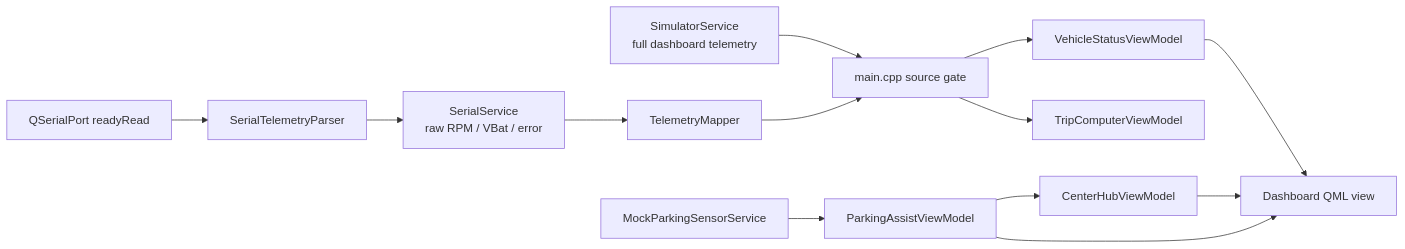
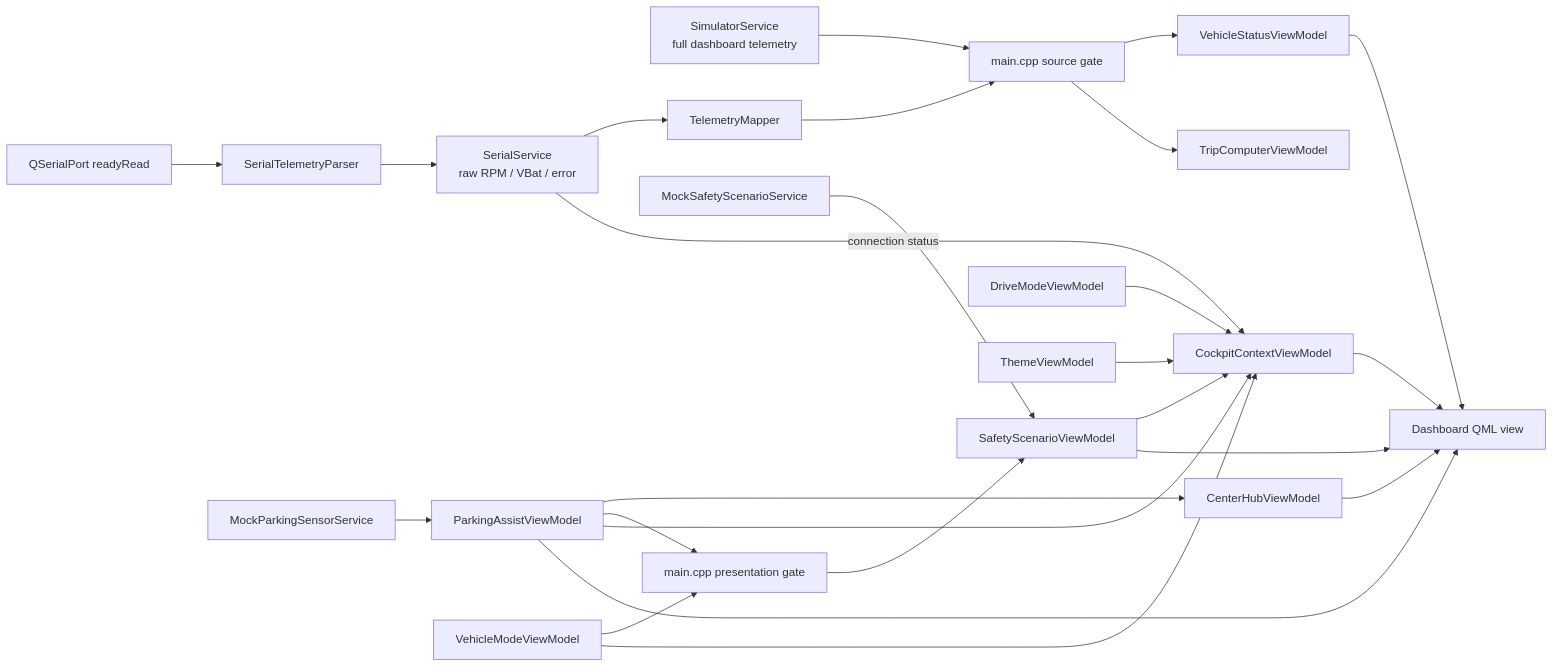
One commit to BUITANHUNG0411/CyberDash-STM32 changed the diagram in README.md. Above: the diagram before and after it, drawn with Mermaid. The commit also changed other lines of this file and 8 other files, not shown here.

````diff
--- a/README.md
+++ b/README.md
@@ -43,15 +47,27 @@
 ```mermaid
 flowchart LR
     Simulator[SimulatorService<br/>full dashboard telemetry] --> Gate[main.cpp source gate]
     Port[QSerialPort readyRead] --> Parser[SerialTelemetryParser]
     Parser --> Serial[SerialService<br/>raw RPM / VBat / error]
     Serial --> Mapper[TelemetryMapper]
     Mapper --> Gate
     Gate --> Vehicle[VehicleStatusViewModel]
     Gate --> Trip[TripComputerViewModel]
     ParkingSource[MockParkingSensorService] --> Parking[ParkingAssistViewModel]
     Parking --> Hub[CenterHubViewModel]
+    SafetySource[MockSafetyScenarioService] --> Safety[SafetyScenarioViewModel]
+    VehicleMode[VehicleModeViewModel] --> SafetyGate[main.cpp presentation gate]
+    Parking --> SafetyGate
+    SafetyGate --> Safety
+    VehicleMode --> Context[CockpitContextViewModel]
+    DriveMode[DriveModeViewModel] --> Context
+    Theme[ThemeViewModel] --> Context
+    Serial -->|connection status| Context
+    Parking --> Context
+    Safety --> Context
     Vehicle --> DashboardQML[Dashboard QML view]
     Hub --> DashboardQML
     Parking --> DashboardQML
+    Safety --> DashboardQML
+    Context --> DashboardQML
 ```
````
